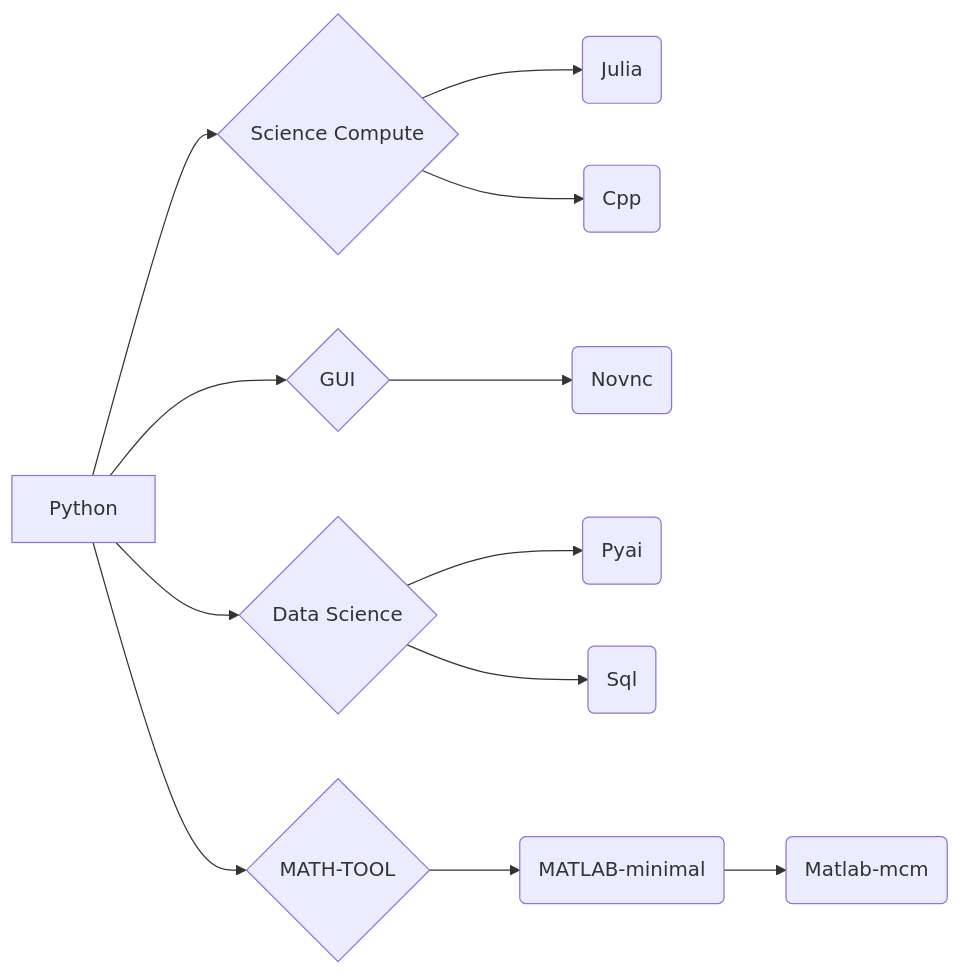
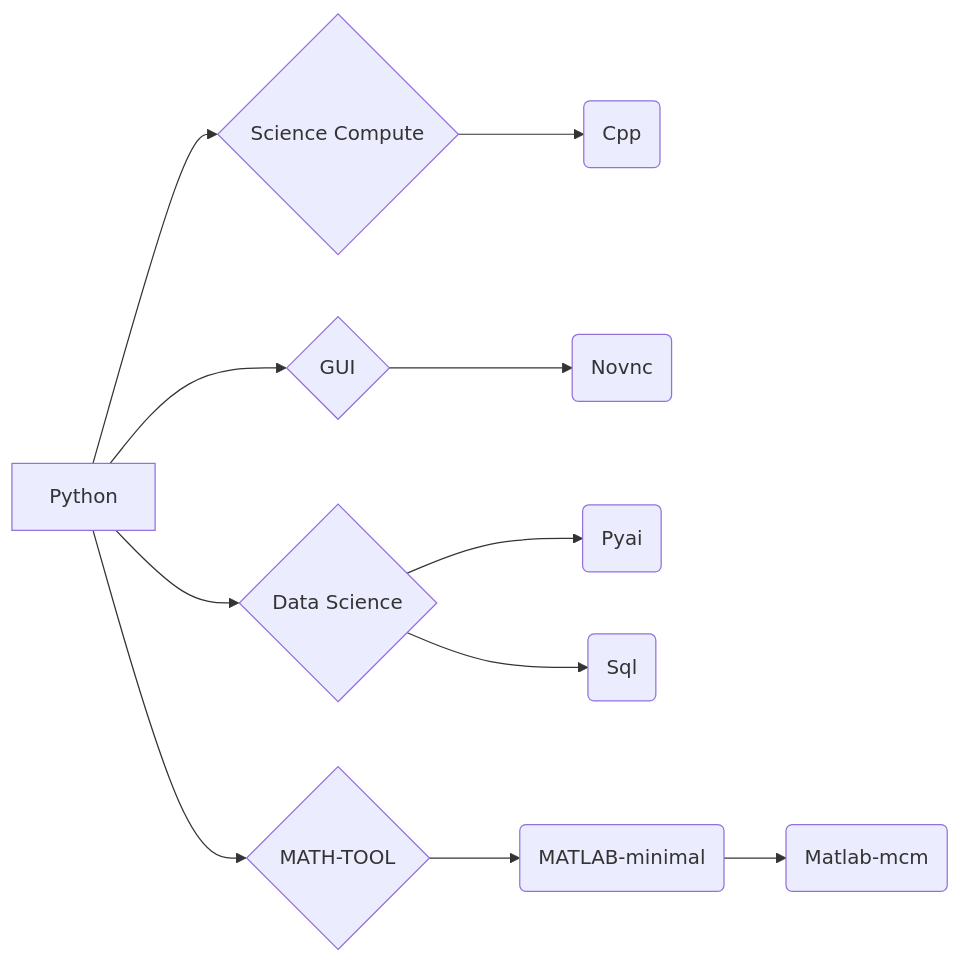
The diagram in README.md (eoeair/jupyter), drawn with Mermaid before and after one commit. The commit also changed other lines of this file and 2 other files, not shown here.

Commit message:
remove julia(we do not need that)

````diff
--- a/README.md
+++ b/README.md
@@ -70,14 +63,12 @@
 ```mermaid
 graph LR
-Python-->S{Science Compute}
-S-->SA(Julia)
-S-->SB(Cpp)
+Python-->S{Science Compute}-->SA(Cpp)
 
 Python-->G{GUI}-->GA(Novnc)
 
 Python-->D{Data Science}
 D-->DA(Pyai)
 D-->DB(Sql)
 
 Python-->M{MATH-TOOL}-->MA(MATLAB-minimal)-->MAA(Matlab-mcm)
 ```
````
